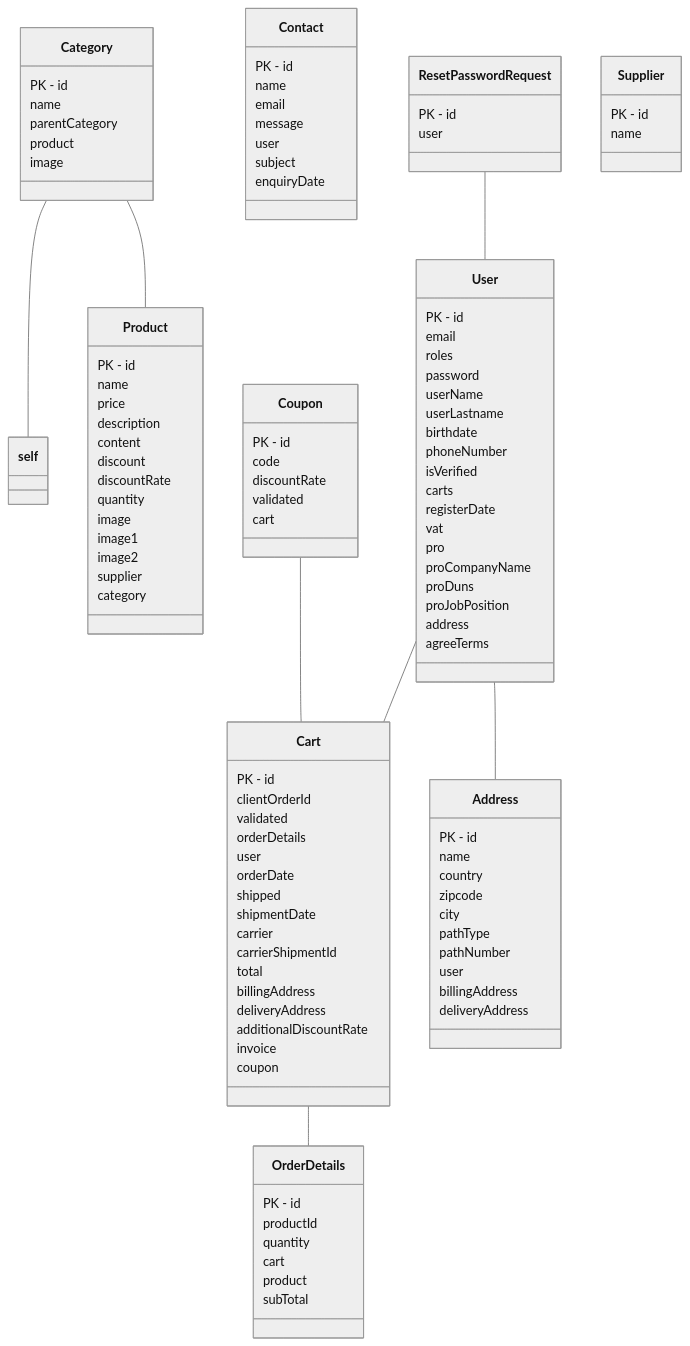
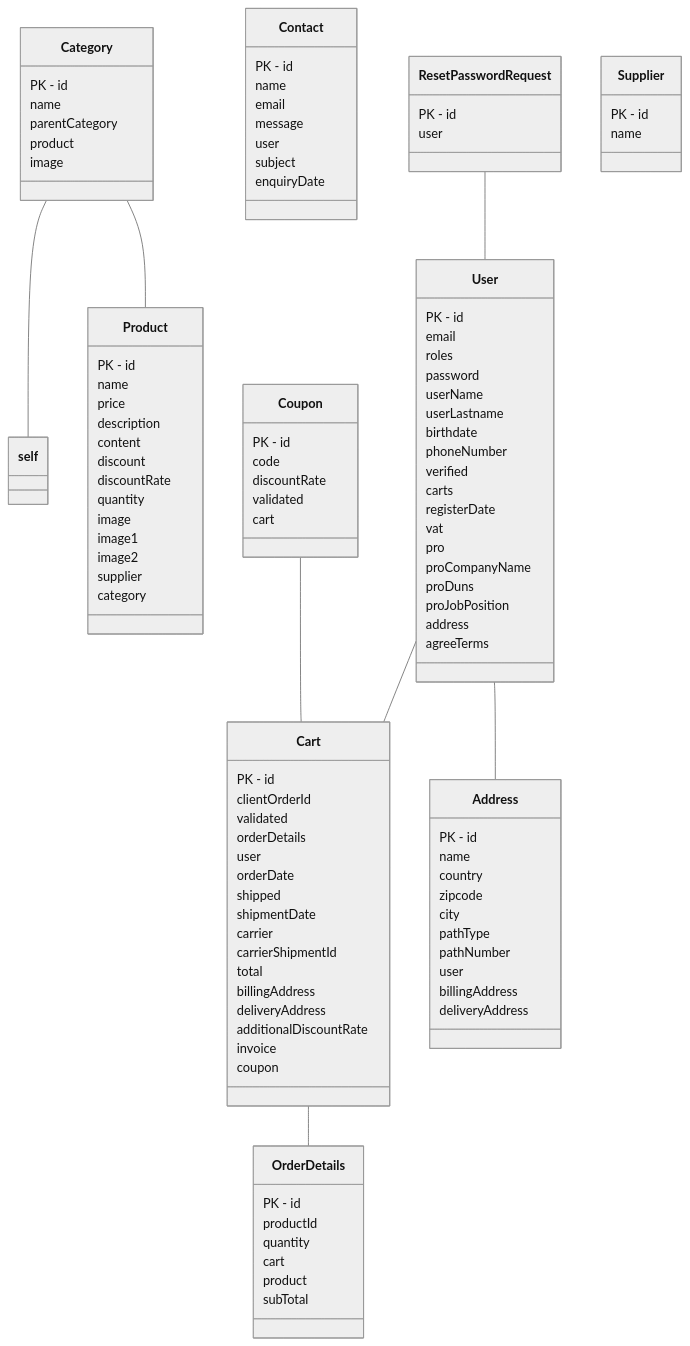
Before and after one commit to AlexisDonato/MUSE-Fil_Rouge: the diagram in MUSE/UML.md, drawn with Mermaid (neutral theme). The commit also changed 4 other files, not shown here.

````diff
--- a/MUSE/UML.md
+++ b/MUSE/UML.md
@@ -94,11 +94,6 @@
 }
 
 ResetPasswordRequest -- User
-class Supplier{
-PK - id
-name
-}
-
 class User{
 PK - id
 email
@@ -108,7 +103,7 @@
 userLastname
 birthdate
 phoneNumber
-isVerified
+verified
 carts
 registerDate
 vat
@@ -122,5 +117,10 @@
 
 User -- Cart
 User -- Address
+class Supplier{
+PK - id
+name
+}
+
 
 ```
````
